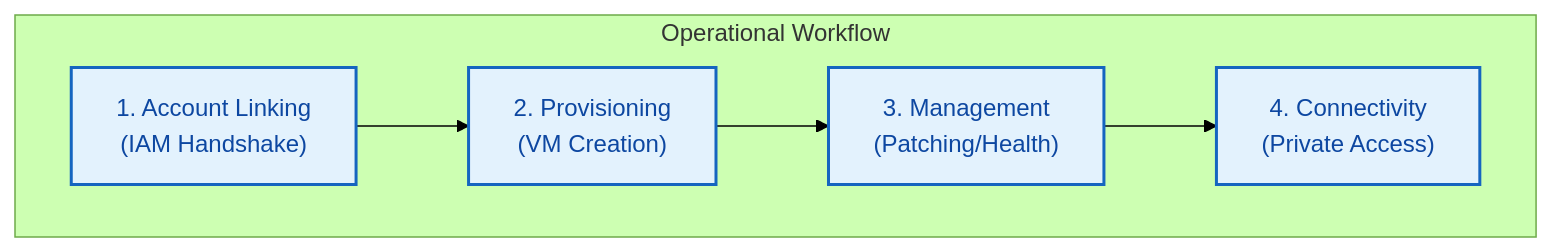
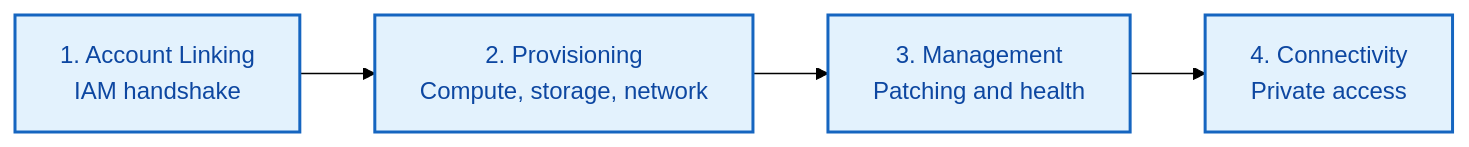
Before and after one commit to mariadb-corporation/mariadb-docs: the second of 3 diagrams in mariadb-cloud/quickstart/bring-your-own-account-byoa.md, drawn with Mermaid (forest theme). The commit also changed other lines of this file and 1 other file, not shown here.

First line of the commit message:
DOCS-6320 Fix BYOA page: clean diagrams, correct stale availability note

````diff
--- a/mariadb-cloud/quickstart/bring-your-own-account-byoa.md
+++ b/mariadb-cloud/quickstart/bring-your-own-account-byoa.md
@@ -65,18 +54,11 @@
 ```mermaid
 flowchart LR
-    %% Simplified diagram focusing on the 4 steps
-    classDef step fill:#e3f2fd,stroke:#1565c0,stroke-width:2px,color:#0d47a1
-    classDef resource fill:#fff3e0,stroke:#e65100,stroke-width:2px,color:#bf360c
+    classDef step fill:#e3f2fd,stroke:#1565c0,stroke-width:2px,color:#0d47a1;
 
-    subgraph Steps ["Operational Workflow"]
-        direction LR
-        S1["1. Account Linking<br/>(IAM Handshake)"]:::step
-        S2["2. Provisioning<br/>(VM Creation)"]:::step
-        S3["3. Management<br/>(Patching/Health)"]:::step
-        S4["4. Connectivity<br/>(Private Access)"]:::step
-    end
-    
-    S1 --> S2
-    S2 --> S3
-    S3 --> S4
+    S1["1. Account Linking<br/>IAM handshake"]:::step
+    S2["2. Provisioning<br/>Compute, storage, network"]:::step
+    S3["3. Management<br/>Patching and health"]:::step
+    S4["4. Connectivity<br/>Private access"]:::step
+
+    S1 --> S2 --> S3 --> S4
 ```
````
